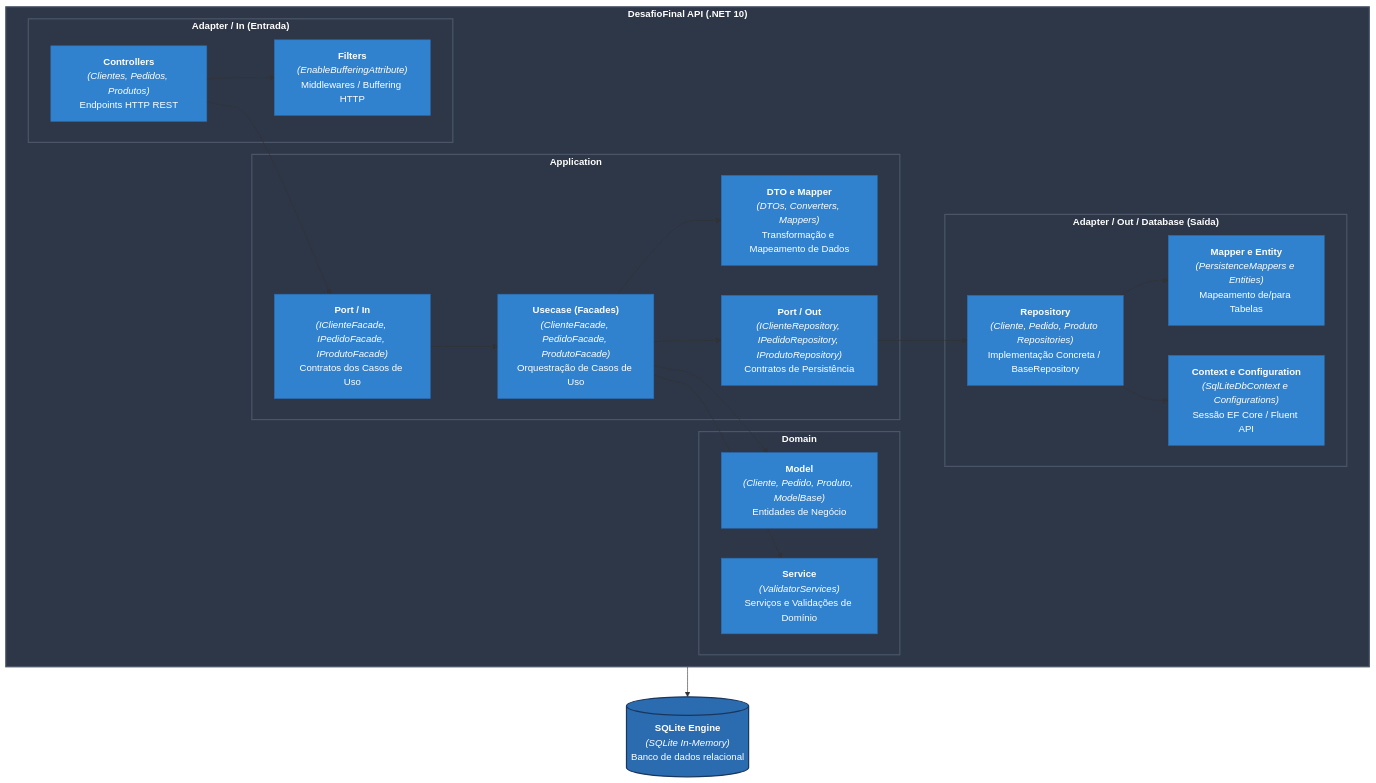
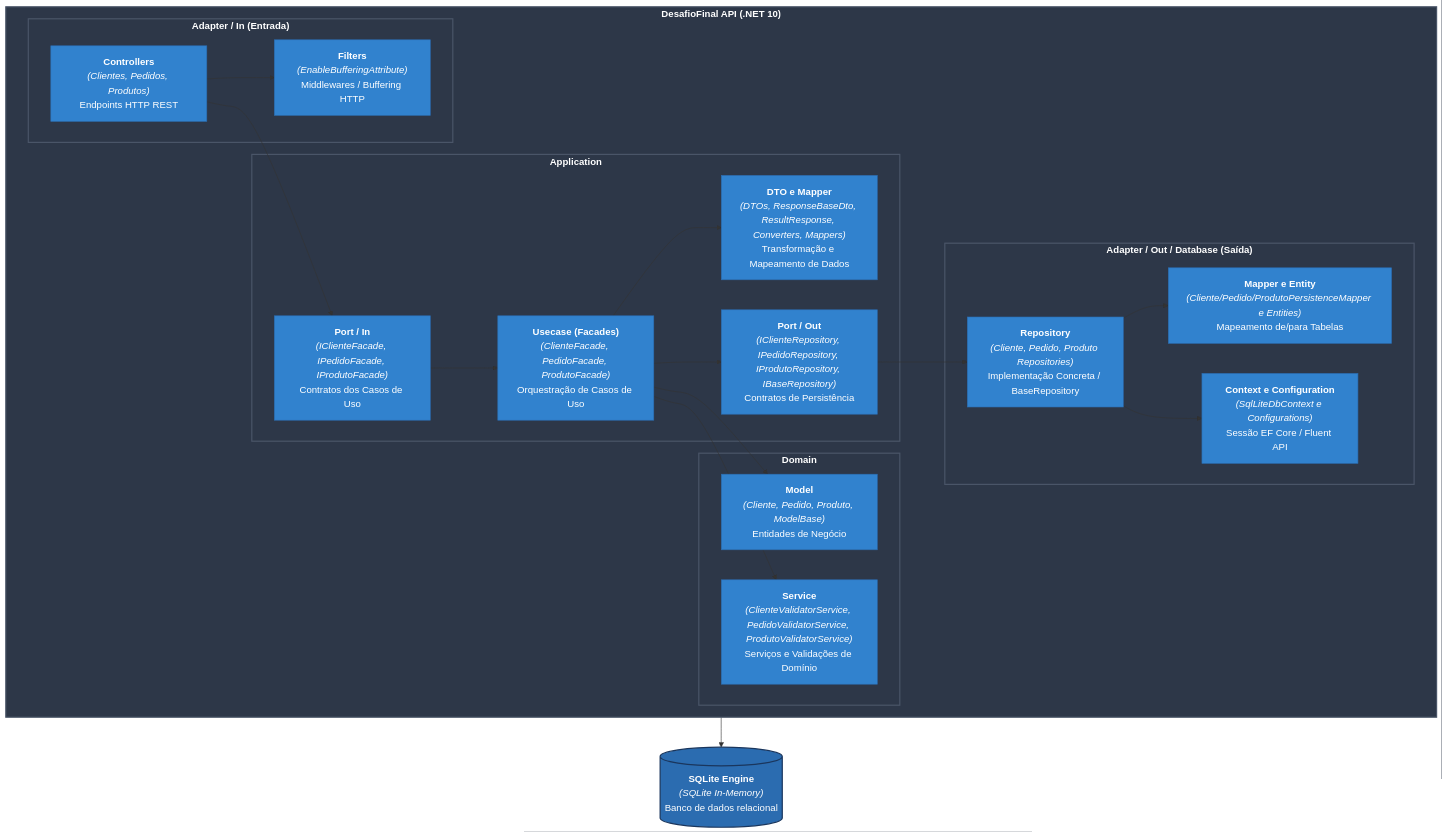
The third of 3 diagrams in README.md (JuliermeCosta/DesafioFinal), drawn with Mermaid before and after one commit.

Commit message:
Atualização do README.md

````diff
--- a/README.md
+++ b/README.md
@@ -49,51 +49,51 @@
 ```mermaid
 flowchart TD
     classDef boundaryStyle fill:#2d3748,stroke:#4a5568,stroke-width:2px,color:#fff,font-weight:bold;
     classDef componentStyle fill:#3182ce,stroke:#2b6cb0,stroke-width:1px,color:#fff;
     classDef dbStyle fill:#2b6cb0,stroke:#1a365d,stroke-width:2px,color:#fff;
 
     subgraph API ["DesafioFinal API (.NET 10)"]
         direction LR
 
         subgraph Application ["Application"]
             PortsIn["<b>Port / In</b><br/><i>(IClienteFacade, IPedidoFacade, IProdutoFacade)</i><br/>Contratos dos Casos de Uso"]
             Usecases["<b>Usecase (Facades)</b><br/><i>(ClienteFacade, PedidoFacade, ProdutoFacade)</i><br/>Orquestração de Casos de Uso"]
-            DTOsMappers["<b>DTO e Mapper</b><br/><i>(DTOs, Converters, Mappers)</i><br/>Transformação e Mapeamento de Dados"]
-            PortsOut["<b>Port / Out</b><br/><i>(IClienteRepository, IPedidoRepository, IProdutoRepository)</i><br/>Contratos de Persistência"]
+            DTOsMappers["<b>DTO e Mapper</b><br/><i>(DTOs, ResponseBaseDto, ResultResponse, Converters, Mappers)</i><br/>Transformação e Mapeamento de Dados"]
+            PortsOut["<b>Port / Out</b><br/><i>(IClienteRepository, IPedidoRepository, IProdutoRepository, IBaseRepository)</i><br/>Contratos de Persistência"]
         end
 
         subgraph Domain ["Domain"]
             Models["<b>Model</b><br/><i>(Cliente, Pedido, Produto, ModelBase)</i><br/>Entidades de Negócio"]
-            Services["<b>Service</b><br/><i>(ValidatorServices)</i><br/>Serviços e Validações de Domínio"]
+            Services["<b>Service</b><br/><i>(ClienteValidatorService, PedidoValidatorService, ProdutoValidatorService)</i><br/>Serviços e Validações de Domínio"]
         end
 
         subgraph AdapterOut ["Adapter / Out / Database (Saída)"]
             Repos["<b>Repository</b><br/><i>(Cliente, Pedido, Produto Repositories)</i><br/>Implementação Concreta / BaseRepository"]
-            PersistenceMappers["<b>Mapper e Entity</b><br/><i>(PersistenceMappers e Entities)</i><br/>Mapeamento de/para Tabelas"]
+            PersistenceMappers["<b>Mapper e Entity</b><br/><i>(Cliente/Pedido/ProdutoPersistenceMapper e Entities)</i><br/>Mapeamento de/para Tabelas"]
             DbContext["<b>Context e Configuration</b><br/><i>(SqlLiteDbContext e Configurations)</i><br/>Sessão EF Core / Fluent API"]
         end
 
         subgraph AdapterIn ["Adapter / In (Entrada)"]
             Controllers["<b>Controllers</b><br/><i>(Clientes, Pedidos, Produtos)</i><br/>Endpoints HTTP REST"]
             Filters["<b>Filters</b><br/><i>(EnableBufferingAttribute)</i><br/>Middlewares / Buffering HTTP"]
         end
     end
 
     SQLite[("<b>SQLite Engine</b><br/><i>(SQLite In-Memory)</i><br/>Banco de dados relacional")]
 
     class Title,API,AdapterIn,Application,Domain,AdapterOut boundaryStyle;
     class Controllers,Filters,PortsIn,Usecases,DTOsMappers,PortsOut,Models,Services,Repos,PersistenceMappers,DbContext componentStyle;
     class SQLite dbStyle;
 
     Controllers --> Filters
     Controllers --> PortsIn
     PortsIn --> Usecases
     Usecases --> DTOsMappers
     Usecases --> Models
     Usecases --> Services
     Usecases --> PortsOut
     PortsOut --> Repos
     Repos --> PersistenceMappers
     Repos --> DbContext
     DbContext --> SQLite
 ```
````
